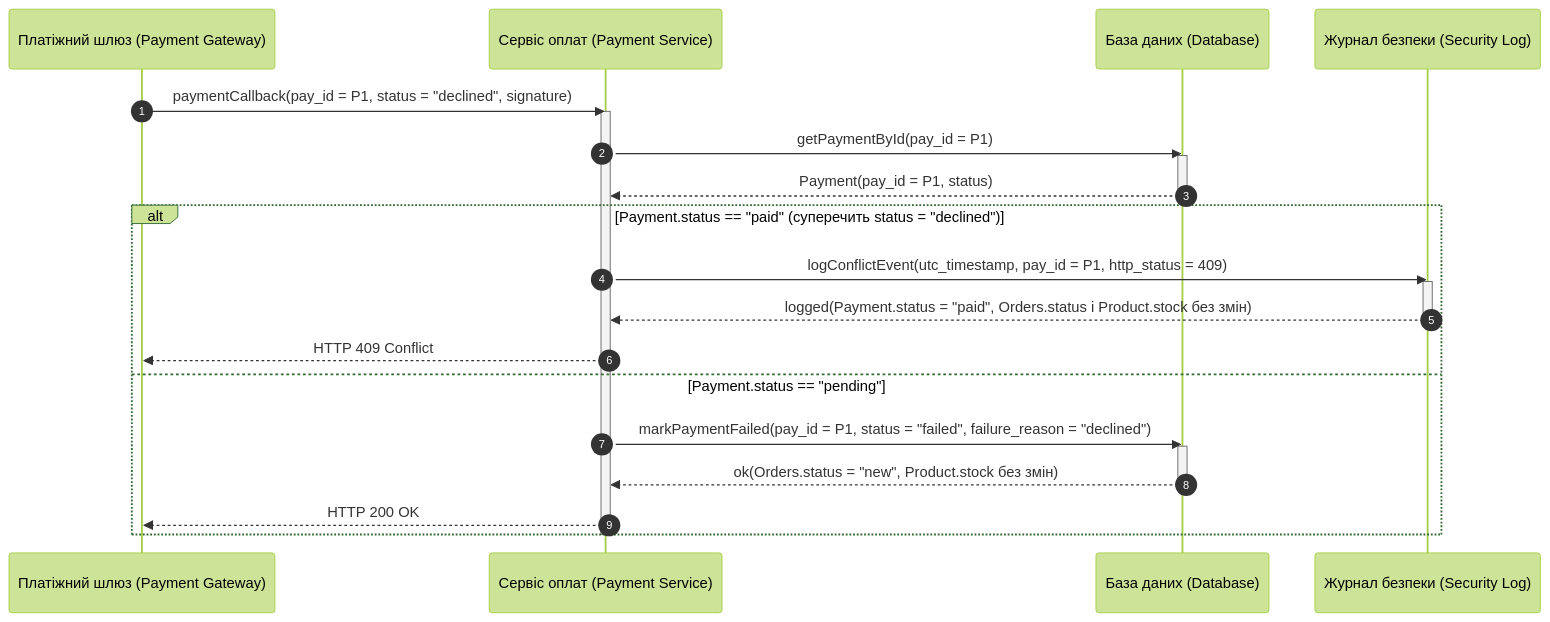
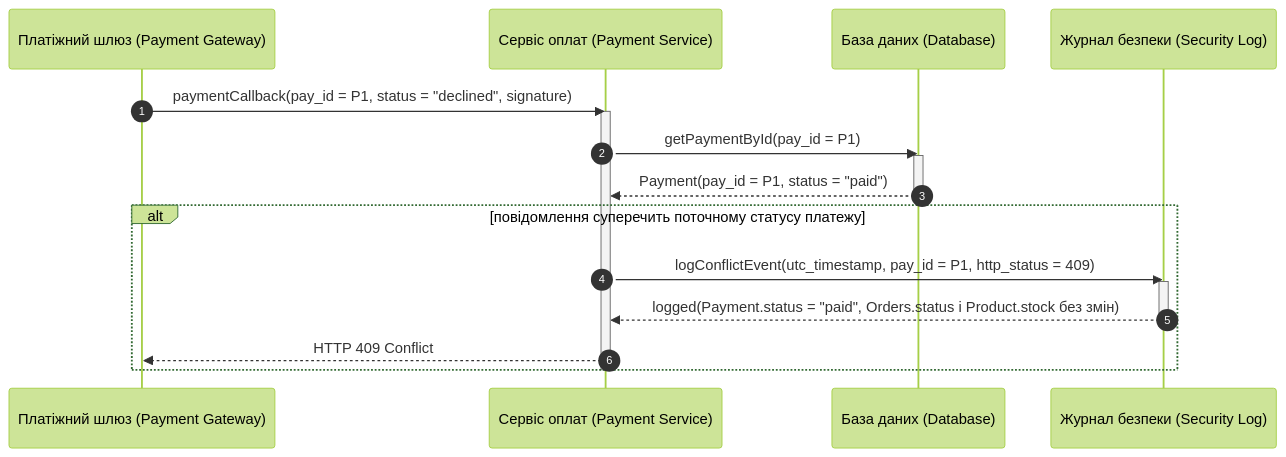
Before and after one commit to hutnichs/KPI_MAVPZ: the eighth of 15 diagrams in Lab3/diagram.md, drawn with Mermaid (forest theme). The commit also changed other lines of this file, not shown here.

Commit message:
Clarified order status checks in payment

````diff
--- a/Lab3/diagram.md
+++ b/Lab3/diagram.md
@@ -297,29 +309,24 @@
 ```mermaid
 sequenceDiagram
     autonumber
     participant PGW as Платіжний шлюз (Payment Gateway)
     participant PS as Сервіс оплат (Payment Service)
     participant DB as База даних (Database)
     participant SecLog as Журнал безпеки (Security Log)
 
     PGW->>PS: paymentCallback(pay_id = P1, status = "declined", signature)
     activate PS
     PS->>DB: getPaymentById(pay_id = P1)
     activate DB
-    DB-->>PS: Payment(pay_id = P1, status)
+    DB-->>PS: Payment(pay_id = P1, status = "paid")
     deactivate DB
-    alt Payment.status == "paid" (суперечить status = "declined")
+
+    alt повідомлення суперечить поточному статусу платежу
         PS->>SecLog: logConflictEvent(utc_timestamp, pay_id = P1, http_status = 409)
         activate SecLog
         SecLog-->>PS: logged(Payment.status = "paid", Orders.status і Product.stock без змін)
         deactivate SecLog
         PS-->>PGW: HTTP 409 Conflict
-    else Payment.status == "pending"
-        PS->>DB: markPaymentFailed(pay_id = P1, status = "failed", failure_reason = "declined")
-        activate DB
-        DB-->>PS: ok(Orders.status = "new", Product.stock без змін)
-        deactivate DB
-        PS-->>PGW: HTTP 200 OK
     end
     deactivate PS
 ```
````
